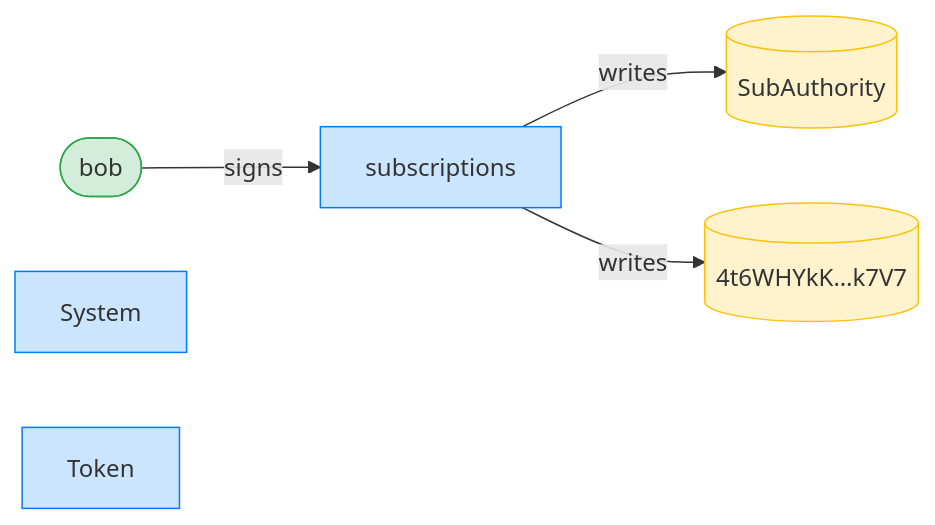
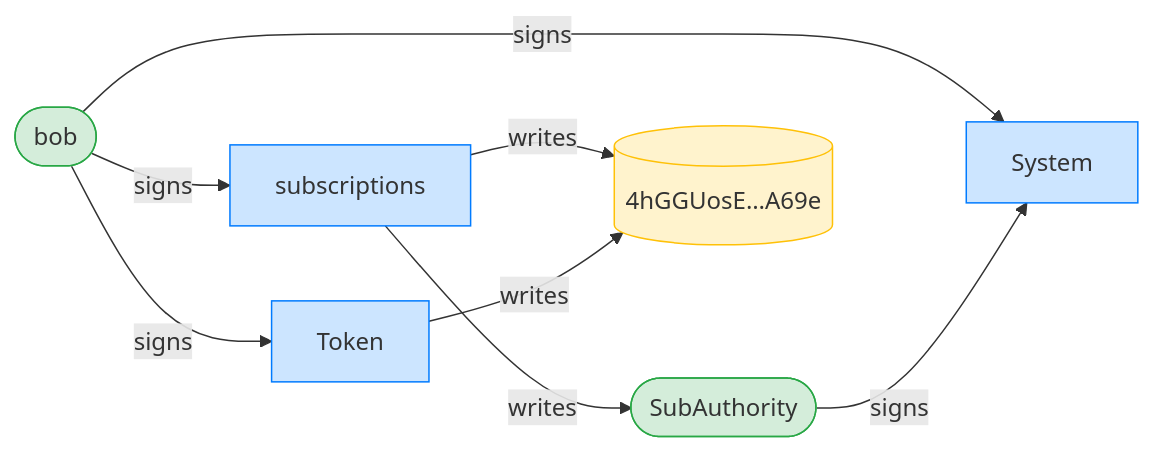
Before and after one commit to cds-rs/subscriptions: diagram 11 of 16 in dsl_tests/subscribe-by-a-second-user.md, drawn with Mermaid. The commit also changed other lines of this file and 224 other files, not shown here.

````diff
--- a/dsl_tests/subscribe-by-a-second-user.md
+++ b/dsl_tests/subscribe-by-a-second-user.md
@@ -207,15 +216,19 @@
 ```mermaid
 flowchart LR
     classDef signer fill:#d4edda,stroke:#28a745;
     classDef program fill:#cce5ff,stroke:#007bff;
     classDef writable fill:#fff3cd,stroke:#ffc107;
     subscriptions[subscriptions]:::program
     bob([bob]):::signer
-    SubAuthority[(SubAuthority)]:::writable
-    4t6WHYkK_k7V7[("4t6WHYkK…k7V7")]:::writable
+    SubAuthority([SubAuthority]):::signer
+    4hGGUosE_A69e[("4hGGUosE…A69e")]:::writable
     System[System]:::program
     Token[Token]:::program
     bob -->|signs| subscriptions
+    bob -->|signs| System
+    SubAuthority -->|signs| System
+    bob -->|signs| Token
     subscriptions -->|writes| SubAuthority
-    subscriptions -->|writes| 4t6WHYkK_k7V7
+    subscriptions -->|writes| 4hGGUosE_A69e
+    Token -->|writes| 4hGGUosE_A69e
 ```
````
